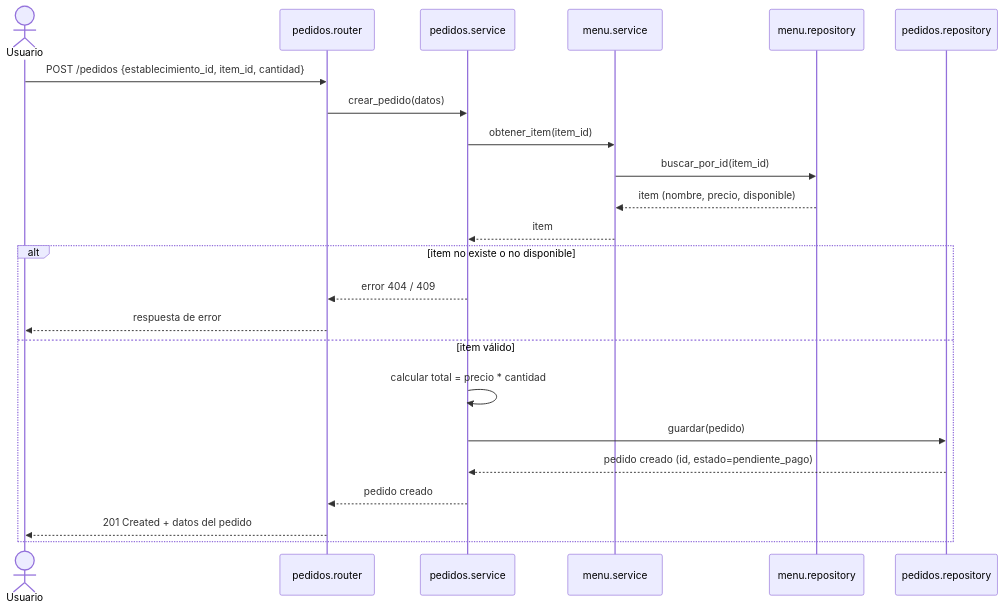
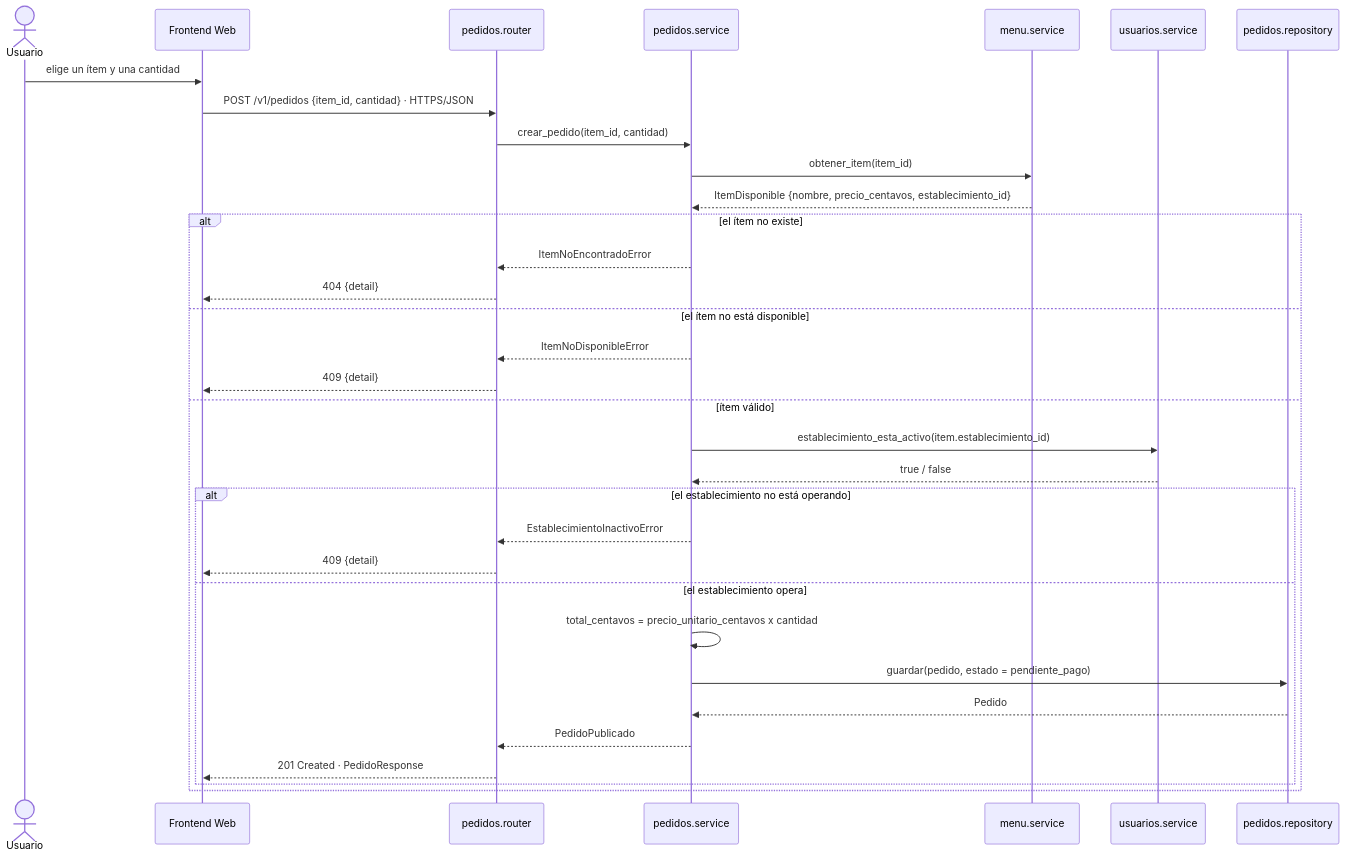
Before and after one commit to ISCOUTB/AS_202620_PideUtb: the first of 3 diagrams in docs/arc42/arc42.md, drawn with Mermaid. The commit also changed other lines of this file and 2 other files, not shown here.

````diff
--- a/docs/arc42/arc42.md
+++ b/docs/arc42/arc42.md
@@ -393,26 +434,38 @@
 ``` mermaid
 sequenceDiagram
     actor U as Usuario
+    participant F as Frontend Web
     participant R as pedidos.router
     participant SP as pedidos.service
     participant SM as menu.service
-    participant RM as menu.repository
+    participant SU as usuarios.service
     participant RP as pedidos.repository
 
-    U->>R: POST /pedidos {establecimiento_id, item_id, cantidad}
-    R->>SP: crear_pedido(datos)
+    U->>F: elige un ítem y una cantidad
+    F->>R: POST /v1/pedidos {item_id, cantidad} · HTTPS/JSON
+    R->>SP: crear_pedido(item_id, cantidad)
+
     SP->>SM: obtener_item(item_id)
-    SM->>RM: buscar_por_id(item_id)
-    RM-->>SM: item (nombre, precio, disponible)
-    SM-->>SP: item
-    alt item no existe o no disponible
-        SP-->>R: error 404 / 409
-        R-->>U: respuesta de error
-    else item válido
-        SP->>SP: calcular total = precio * cantidad
-        SP->>RP: guardar(pedido)
-        RP-->>SP: pedido creado (id, estado=pendiente_pago)
-        SP-->>R: pedido creado
-        R-->>U: 201 Created + datos del pedido
+    SM-->>SP: ItemDisponible {nombre, precio_centavos, establecimiento_id}
+
+    alt el ítem no existe
+        SP-->>R: ItemNoEncontradoError
+        R-->>F: 404 {detail}
+    else el ítem no está disponible
+        SP-->>R: ItemNoDisponibleError
+        R-->>F: 409 {detail}
+    else ítem válido
+        SP->>SU: establecimiento_esta_activo(item.establecimiento_id)
+        SU-->>SP: true / false
+        alt el establecimiento no está operando
+            SP-->>R: EstablecimientoInactivoError
+            R-->>F: 409 {detail}
+        else el establecimiento opera
+            SP->>SP: total_centavos = precio_unitario_centavos x cantidad
+            SP->>RP: guardar(pedido, estado = pendiente_pago)
+            RP-->>SP: Pedido
+            SP-->>R: PedidoPublicado
+            R-->>F: 201 Created · PedidoResponse
+        end
     end
 ```
````
